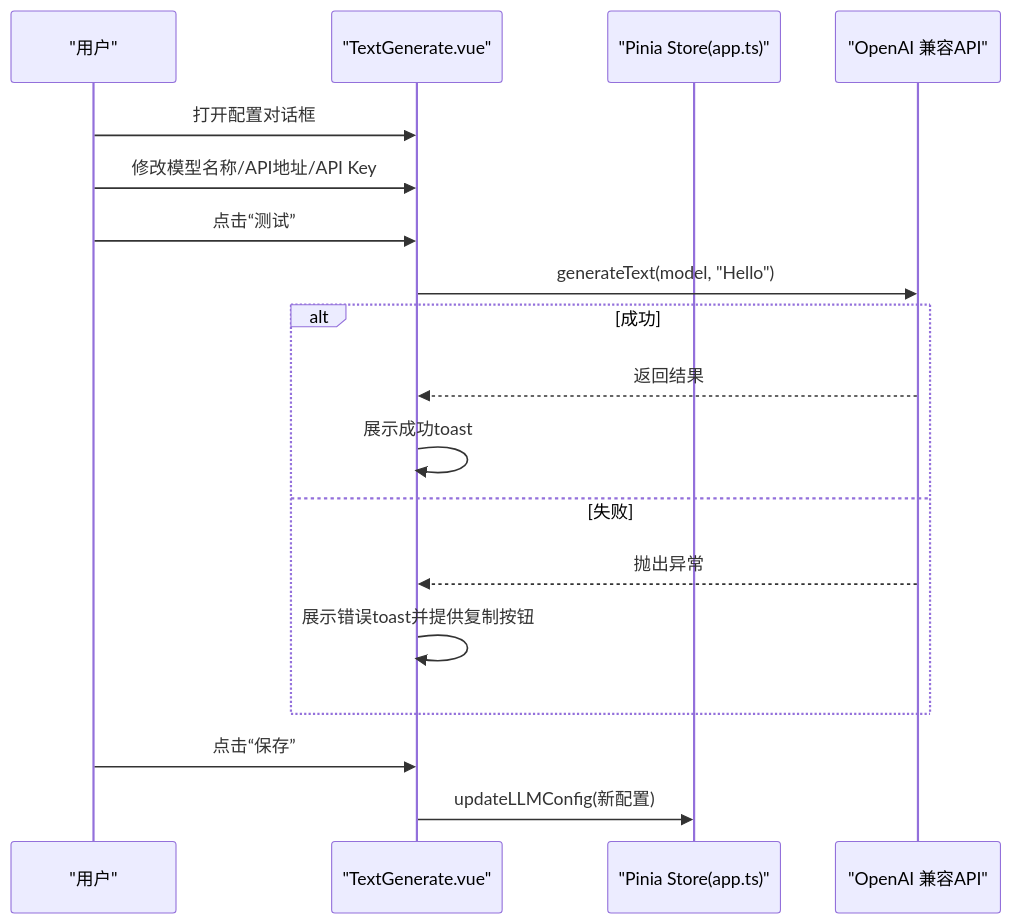
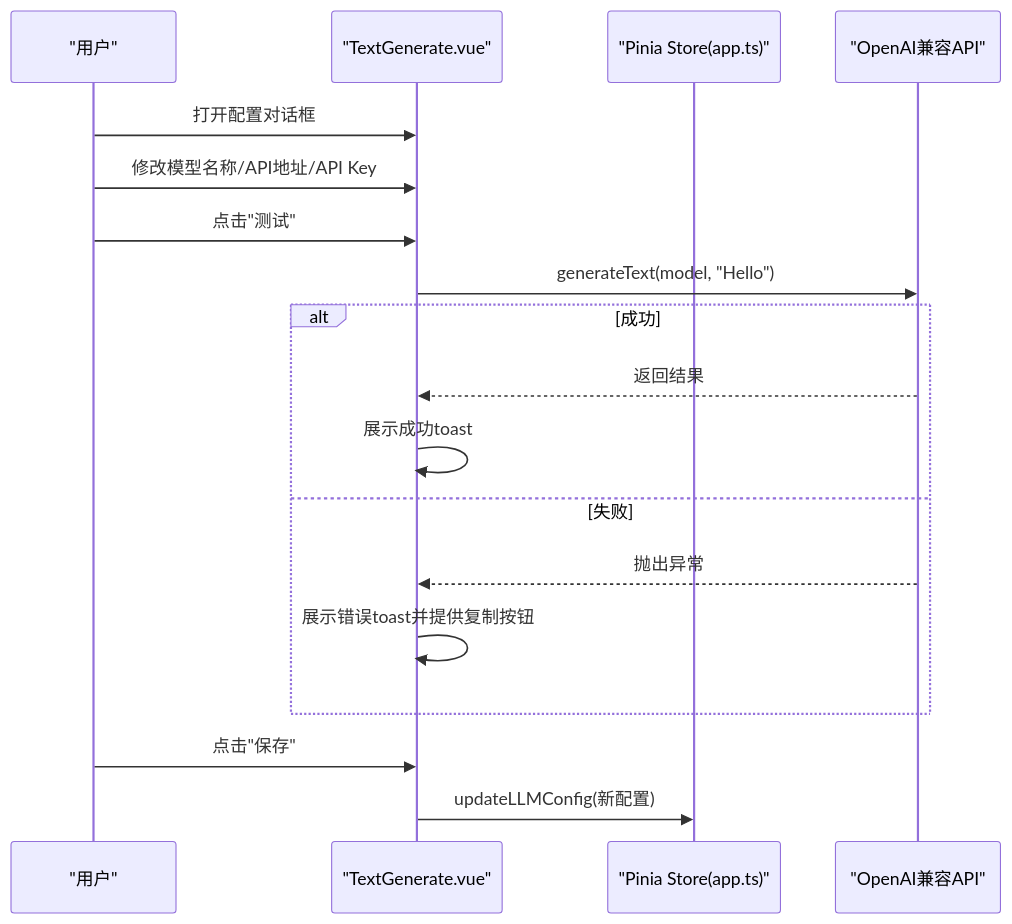
The fifth of 7 diagrams in .qoder/repowiki/zh/content/UI组件系统/文案生成组件.md (torans/crow.video), drawn with Mermaid before and after one commit. The commit also changed other lines of this file and 35 other files, not shown here.

````diff
--- a/.qoder/repowiki/zh/content/UI组件系统/文案生成组件.md
+++ b/.qoder/repowiki/zh/content/UI组件系统/文案生成组件.md
@@ -228,20 +266,20 @@
 ```mermaid
 sequenceDiagram
 participant U as "用户"
 participant C as "TextGenerate.vue"
 participant S as "Pinia Store(app.ts)"
-participant O as "OpenAI 兼容API"
+participant O as "OpenAI兼容API"
 U->>C : 打开配置对话框
 U->>C : 修改模型名称/API地址/API Key
-U->>C : 点击“测试”
+U->>C : 点击"测试"
 C->>O : generateText(model, "Hello")
 alt 成功
 O-->>C : 返回结果
 C->>C : 展示成功toast
 else 失败
 O-->>C : 抛出异常
 C->>C : 展示错误toast并提供复制按钮
 end
-U->>C : 点击“保存”
+U->>C : 点击"保存"
 C->>S : updateLLMConfig(新配置)
 ```
````
